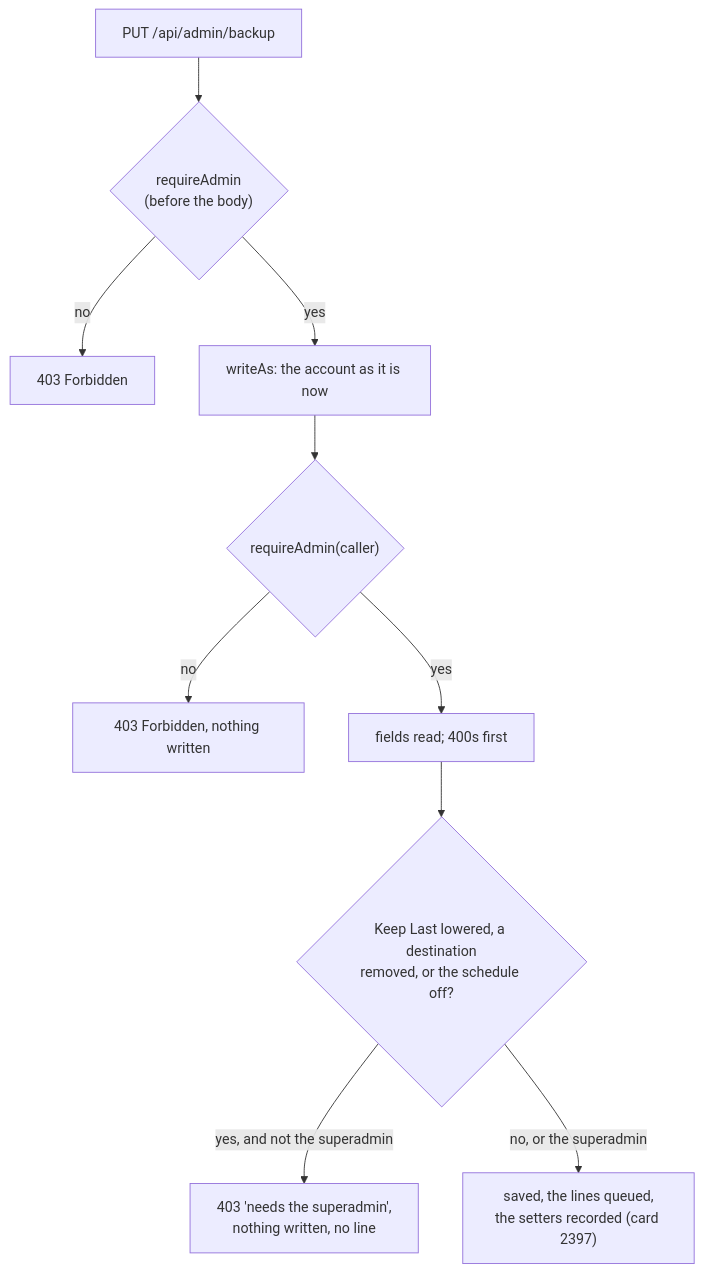
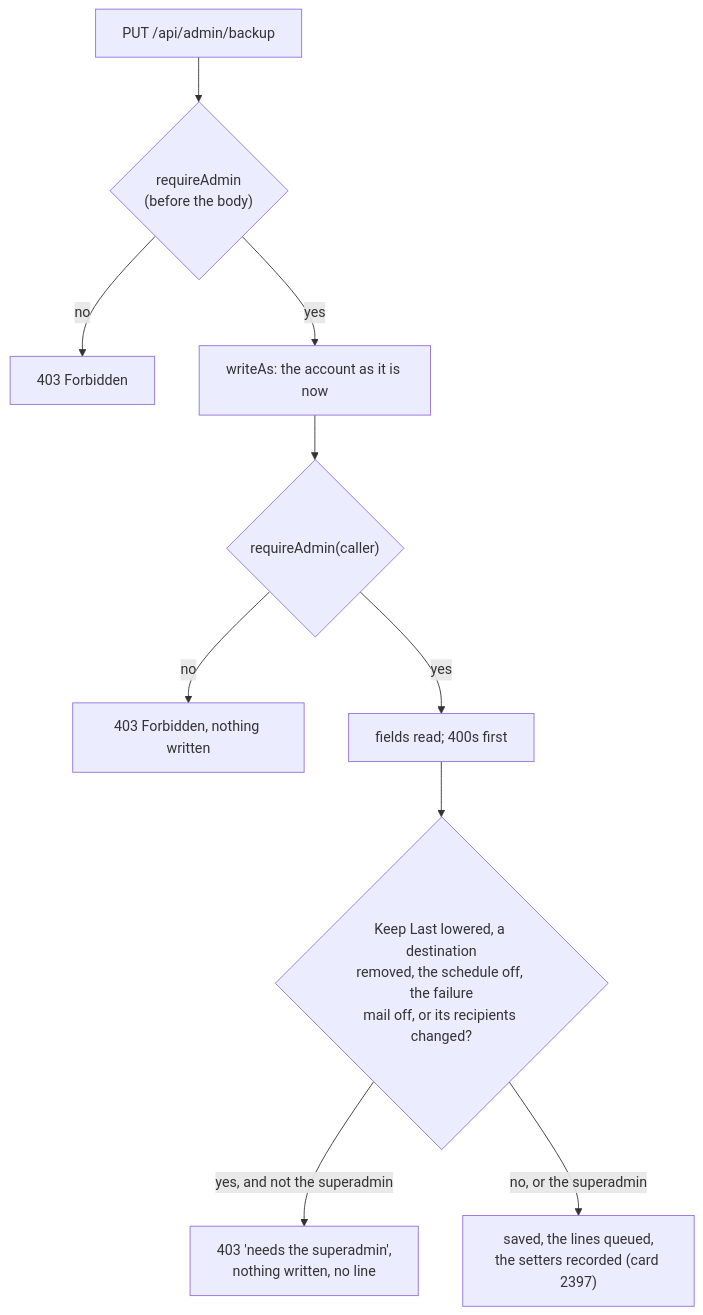
Before and after one commit to gitBoon/DumpFire: diagram 17 of 35 in docs/authentication-security.md, drawn with Mermaid. The commit also changed other lines of this file and 11 other files, not shown here.

First line of the commit message:
feat: only the superadmin can switch off the backup failure mail or change who receives it (2408)

````diff
--- a/docs/authentication-security.md
+++ b/docs/authentication-security.md
@@ -2067,12 +2103,12 @@
 ```mermaid
 flowchart TD
     Put["PUT /api/admin/backup"] --> Q{"requireAdmin\n(before the body)"}
     Q -->|"no"| F1["403 Forbidden"]
     Q -->|"yes"| W["writeAs: the account as it is now"]
     W --> A{"requireAdmin(caller)"}
     A -->|"no"| F2["403 Forbidden, nothing written"]
     A -->|"yes"| R["fields read; 400s first"]
-    R --> L{"Keep Last lowered, a destination\nremoved, or the schedule off?"}
+    R --> L{"Keep Last lowered, a destination\nremoved, the schedule off, the failure\nmail off, or its recipients changed?"}
     L -->|"yes, and not the superadmin"| F3["403 'needs the superadmin',\nnothing written, no line"]
     L -->|"no, or the superadmin"| S["saved, the lines queued,\nthe setters recorded (card 2397)"]
 ```
````
